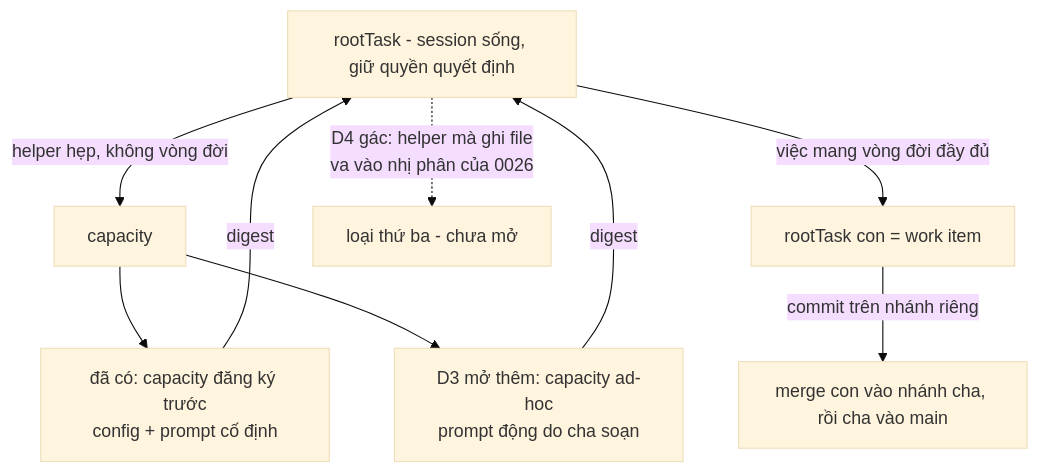
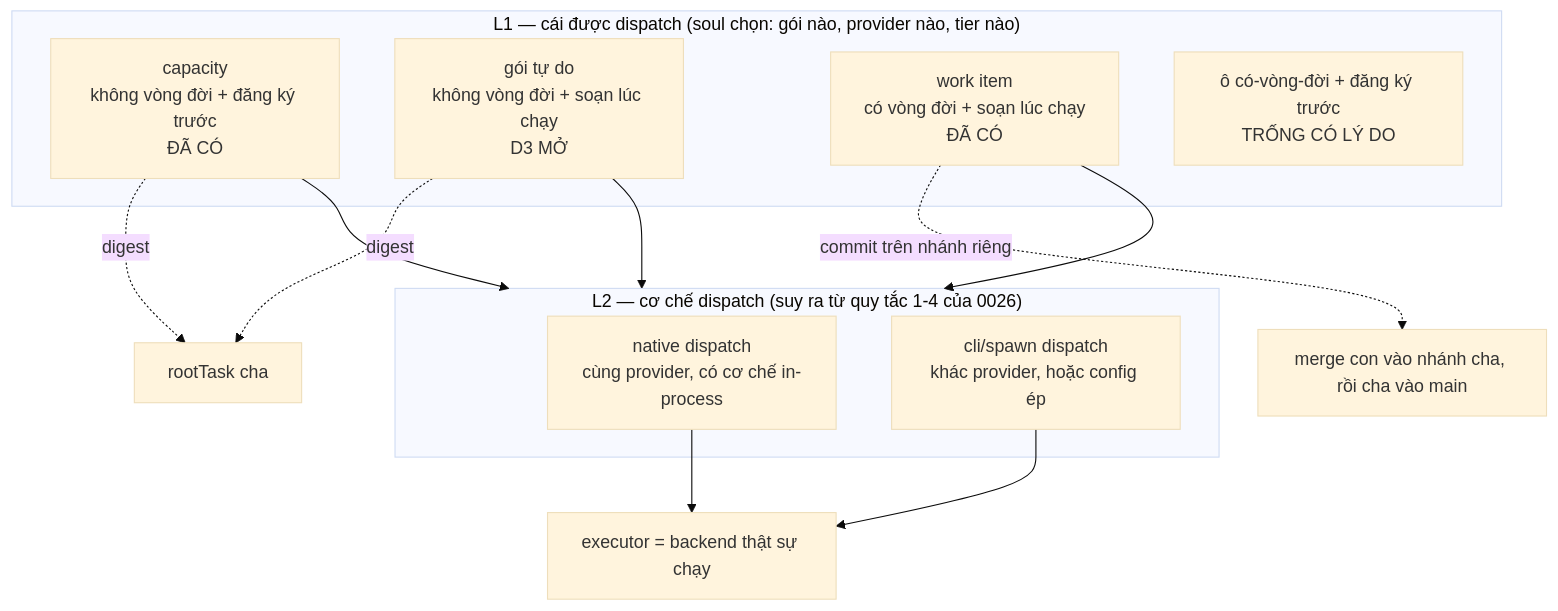
One commit to vantt/forgent changed the diagram in docs/history/two-layer-dispatch/DISCUSSION.md. Above: the diagram before and after it, drawn with Mermaid (base theme). The commit also changed other lines of this file, not shown here.

First line of the commit message:
docs: lock D5 — two dispatch layers, two orthogonal axes in the upper one

````diff
--- a/docs/history/two-layer-dispatch/DISCUSSION.md
+++ b/docs/history/two-layer-dispatch/DISCUSSION.md
@@ -289,12 +340,21 @@
 ```mermaid
 flowchart TD
-    P[rootTask - session sống, giữ quyền quyết định]
-    P -->|helper hẹp, không vòng đời| C[capacity]
-    P -->|việc mang vòng đời đầy đủ| W[rootTask con = work item]
-    C --> C1[đã có: capacity đăng ký trước<br/>config + prompt cố định]
-    C --> C2[D3 mở thêm: capacity ad-hoc<br/>prompt động do cha soạn]
-    C1 -->|digest| P
-    C2 -->|digest| P
-    W -->|commit trên nhánh riêng| M[merge con vào nhánh cha, rồi cha vào main]
-    P -.->|D4 gác: helper mà ghi file<br/>va vào nhị phân của 0026| X[loại thứ ba - chưa mở]
+    subgraph L1["L1 — cái được dispatch (soul chọn: gói nào, provider nào, tier nào)"]
+        A["capacity<br/>không vòng đời + đăng ký trước<br/>ĐÃ CÓ"]
+        C["gói tự do<br/>không vòng đời + soạn lúc chạy<br/>D3 MỞ"]
+        B["work item<br/>có vòng đời + soạn lúc chạy<br/>ĐÃ CÓ"]
+        X["ô có-vòng-đời + đăng ký trước<br/>TRỐNG CÓ LÝ DO"]
+    end
+    subgraph L2["L2 — cơ chế dispatch (suy ra từ quy tắc 1-4 của 0026)"]
+        N["native dispatch<br/>cùng provider, có cơ chế in-process"]
+        S["cli/spawn dispatch<br/>khác provider, hoặc config ép"]
+    end
+    A --> L2
+    C --> L2
+    B --> L2
+    N --> E["executor = backend thật sự chạy"]
+    S --> E
+    A -.->|digest| P["rootTask cha"]
+    C -.->|digest| P
+    B -.->|commit trên nhánh riêng| M["merge con vào nhánh cha, rồi cha vào main"]
 ```
````
